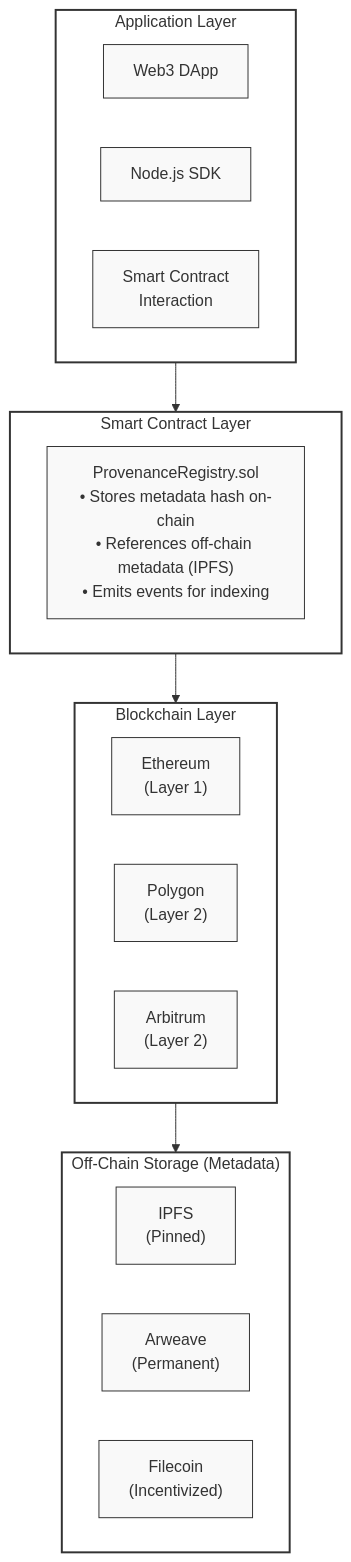
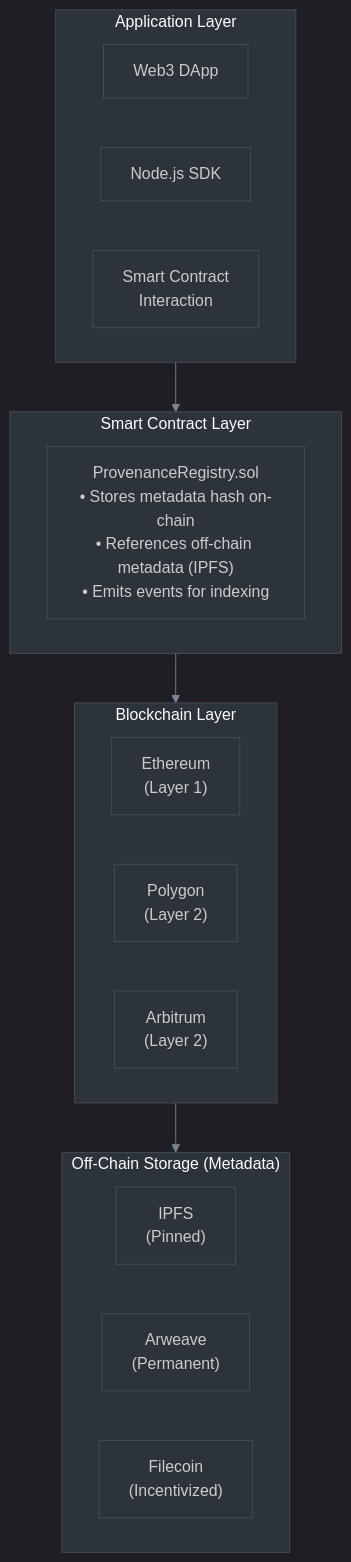
The second of 2 diagrams in docs/COMPARISON.md (Ricoledan/dta-provenance-demo), drawn with Mermaid before and after one commit. The commit also changed other lines of this file and 1 other file, not shown here.

Commit message:
Update Mermaid diagrams to dark theme
Apply dark theme matching GitHub's dark mode color scheme to all
Mermaid diagrams for better visual consistency and readability.

Colors:
- Background: #0d1117 (GitHub dark)
- Boxes: #2d333b with #444c56 borders
- Text: #e6edf3 (light)
- Lines: #768390 (gray)

Removes inline style declarations in favor of theme configuration.

````diff
--- a/docs/COMPARISON.md
+++ b/docs/COMPARISON.md
@@ -85,43 +78,30 @@
 ```mermaid
+%%{init: {"theme":"dark","themeVariables":{"darkMode":true,"background":"#0d1117","primaryColor":"#2d333b","primaryTextColor":"#e6edf3","primaryBorderColor":"#444c56","lineColor":"#768390","secondaryColor":"#1c2128","tertiaryColor":"#22272e","clusterBkg":"#2d333b","clusterBorder":"#444c56","nodeTextColor":"#e6edf3","mainBkg":"#2d333b","secondBkg":"#22272e","edgeLabelBackground":"#2d333b","nodeBorder":"#444c56"}}}%%
 graph TB
     subgraph AppLayer["Application Layer"]
         DApp["Web3 DApp"]
         SDK["Node.js SDK"]
         Interact["Smart Contract<br/>Interaction"]
     end
 
     subgraph ContractLayer["Smart Contract Layer"]
         Registry["ProvenanceRegistry.sol<br/>• Stores metadata hash on-chain<br/>• References off-chain metadata (IPFS)<br/>• Emits events for indexing"]
     end
 
     subgraph BlockchainLayer["Blockchain Layer"]
         Ethereum["Ethereum<br/>(Layer 1)"]
         Polygon["Polygon<br/>(Layer 2)"]
         Arbitrum["Arbitrum<br/>(Layer 2)"]
     end
 
     subgraph OffChain["Off-Chain Storage (Metadata)"]
         IPFS["IPFS<br/>(Pinned)"]
         Arweave["Arweave<br/>(Permanent)"]
         Filecoin["Filecoin<br/>(Incentivized)"]
     end
 
     AppLayer --> ContractLayer
     ContractLayer --> BlockchainLayer
     BlockchainLayer --> OffChain
 
-    style AppLayer fill:#fff,stroke:#333,stroke-width:2px
-    style ContractLayer fill:#fff,stroke:#333,stroke-width:2px
-    style BlockchainLayer fill:#fff,stroke:#333,stroke-width:2px
-    style OffChain fill:#fff,stroke:#333,stroke-width:2px
-    style DApp fill:#f9f9f9,stroke:#333,stroke-width:1px
-    style SDK fill:#f9f9f9,stroke:#333,stroke-width:1px
-    style Interact fill:#f9f9f9,stroke:#333,stroke-width:1px
-    style Registry fill:#f9f9f9,stroke:#333,stroke-width:1px
-    style Ethereum fill:#f9f9f9,stroke:#333,stroke-width:1px
-    style Polygon fill:#f9f9f9,stroke:#333,stroke-width:1px
-    style Arbitrum fill:#f9f9f9,stroke:#333,stroke-width:1px
-    style IPFS fill:#f9f9f9,stroke:#333,stroke-width:1px
-    style Arweave fill:#f9f9f9,stroke:#333,stroke-width:1px
-    style Filecoin fill:#f9f9f9,stroke:#333,stroke-width:1px
 ```
````
